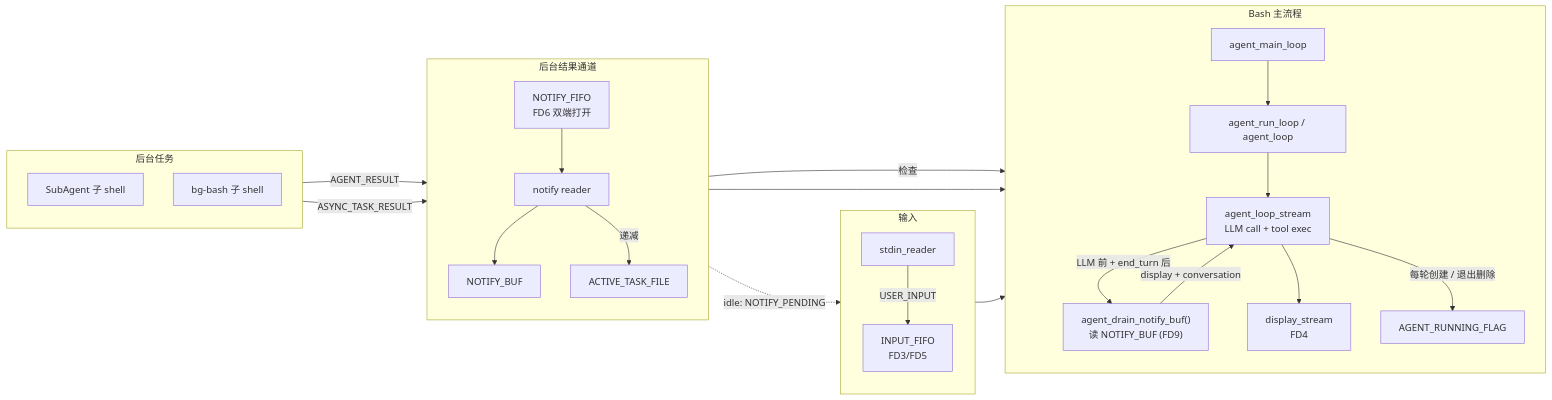
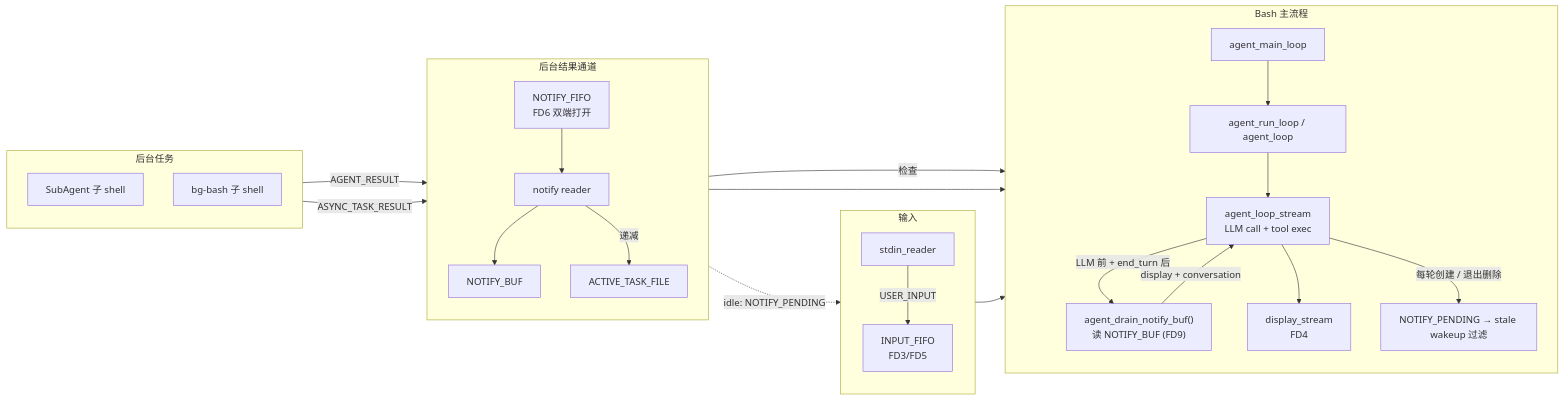
Before and after one commit to lloydzhou/bash-agent: the fifth of 8 diagrams in docs/BASH_ARCHITECTURE.md, drawn with Mermaid. The commit also changed other lines of this file and 19 other files, not shown here.

Commit message:
feat: Ctrl+O inject input via notify pending channel (all 4 runtimes)

````diff
--- a/docs/BASH_ARCHITECTURE.md
+++ b/docs/BASH_ARCHITECTURE.md
@@ -1423,47 +1422,47 @@
 ```mermaid
 graph LR
     subgraph In["输入"]
         direction TB
         BL["stdin_reader"]
         BInput["INPUT_FIFO<br/>FD3/FD5"]
         BL -->|"USER_INPUT"| BInput
     end
 
     subgraph Bash["Bash 主流程"]
         direction TB
         BMain["agent_main_loop"]
         BRun["agent_run_loop / agent_loop"]
         BAgent["agent_loop_stream<br/>LLM call + tool exec"]
         BDrain["agent_drain_notify_buf()<br/>读 NOTIFY_BUF (FD9)"]
         BDisp["display_stream<br/>FD4"]
-        BFlag["AGENT_RUNNING_FLAG"]
+        BFlag["NOTIFY_PENDING → stale wakeup 过滤"]
         BMain --> BRun --> BAgent
         BAgent -->|"LLM 前 + end_turn 后"| BDrain
         BAgent --> BDisp
         BAgent -->|"每轮创建 / 退出删除"| BFlag
     end
 
     subgraph Notify["后台结果通道"]
         direction TB
         BNRFifo["NOTIFY_FIFO<br/>FD6 双端打开"]
         BNR["notify reader"]
         BBuf["NOTIFY_BUF"]
         BActive["ACTIVE_TASK_FILE"]
         BNRFifo --> BNR --> BBuf
         BNR -->|"递减"| BActive
         BNR -->|"检查"| BFlag
     end
 
     subgraph Bg["后台任务"]
         direction TB
         BSub["SubAgent 子 shell"]
         BBash["bg-bash 子 shell"]
         BSub -->|"AGENT_RESULT"| BNRFifo
         BBash -->|"ASYNC_TASK_RESULT"| BNRFifo
     end
 
     BInput --> BMain
     BNR -.->|"idle: NOTIFY_PENDING"| BInput
     BBuf --> BDrain
     BDrain -->|"display + conversation"| BAgent
 ```
````
